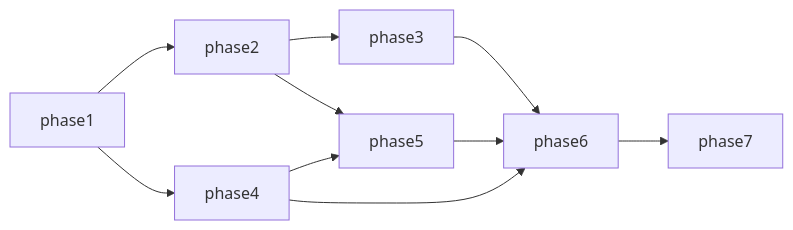
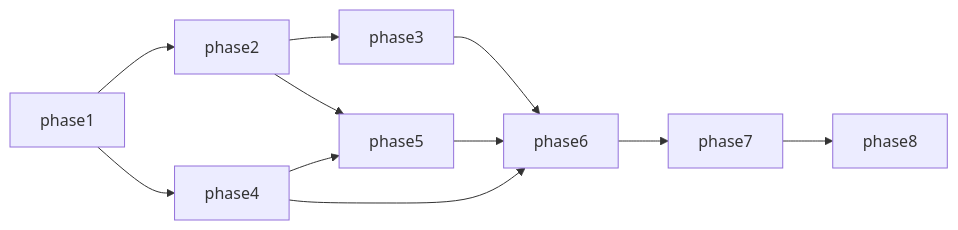
One commit to YannikG/srf-news-german-learning changed the diagram in docs/roadmap/overview.md. Above: the diagram before and after it, drawn with Mermaid. The commit also changed other lines of this file and 9 other files, not shown here.

First line of the commit message:
docs(roadmap): Phase 8 specs (multi-provider, NewsAPI, rename) (#52)

````diff
--- a/docs/roadmap/overview.md
+++ b/docs/roadmap/overview.md
@@ -17,19 +18,21 @@
 ```mermaid
 flowchart LR
   P1[phase1]
   P2[phase2]
   P3[phase3]
   P4[phase4]
   P5[phase5]
   P6[phase6]
   P7[phase7]
+  P8[phase8]
   P1 --> P2
   P2 --> P3
   P1 --> P4
   P2 --> P5
   P4 --> P5
   P3 --> P6
   P4 --> P6
   P5 --> P6
   P6 --> P7
+  P7 --> P8
 ```
````
